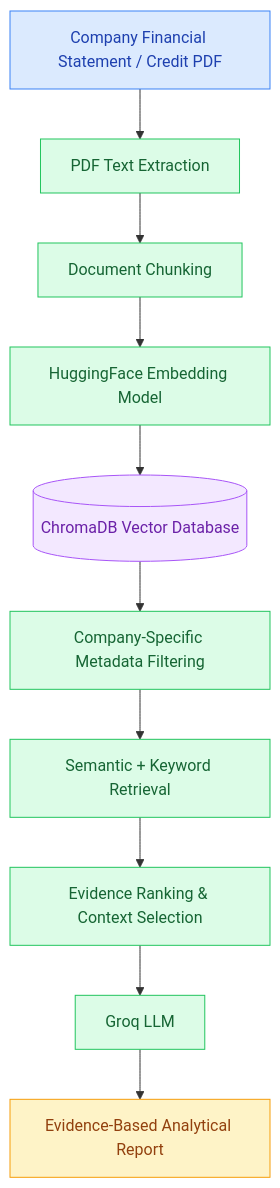
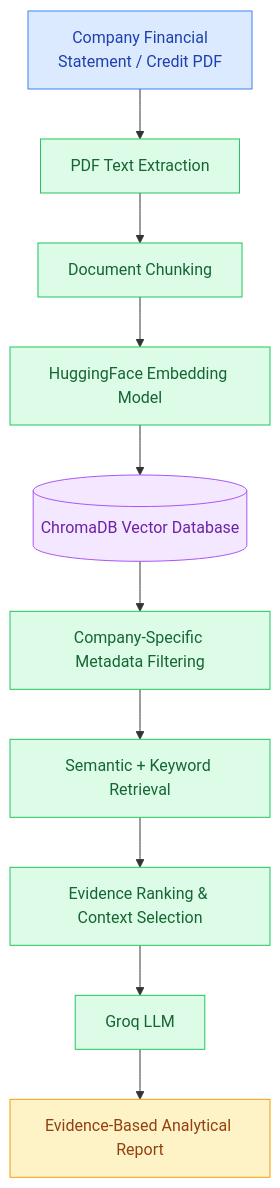
Before and after one commit to rohanksingh/multi-agent-credit-ai: the second of 2 diagrams in README.md, drawn with Mermaid.

Commit message:
Fix formatting in flowchart in README.md

````diff
--- a/README.md
+++ b/README.md
@@ -123,33 +123,34 @@
 ```mermaid
 flowchart TD
-    A["Company Financial Statement / Credit PDF"]
+    A["Company Financial
+Statement / Credit PDF"]
     B["PDF Text Extraction"]
     C["Document Chunking"]
     D["HuggingFace Embedding Model"]
     E[("ChromaDB Vector Database")]
     F["Company-Specific Metadata Filtering"]
     G["Semantic + Keyword Retrieval"]
     H["Evidence Ranking & Context Selection"]
     I["Groq LLM"]
     J["Evidence-Based Analytical Report"]
 
     A --> B
     B --> C
     C --> D
     D --> E
     E --> F
     F --> G
     G --> H
     H --> I
     I --> J
 
     classDef source fill:#DBEAFE,stroke:#3B82F6,color:#1E40AF;
     classDef process fill:#DCFCE7,stroke:#22C55E,color:#166534;
     classDef database fill:#F3E8FF,stroke:#A855F7,color:#6B21A8;
     classDef output fill:#FEF3C7,stroke:#F59E0B,color:#92400E;
 
     class A source;
     class B,C,D,F,G,H,I process;
     class E database;
     class J output;
 ```
````
